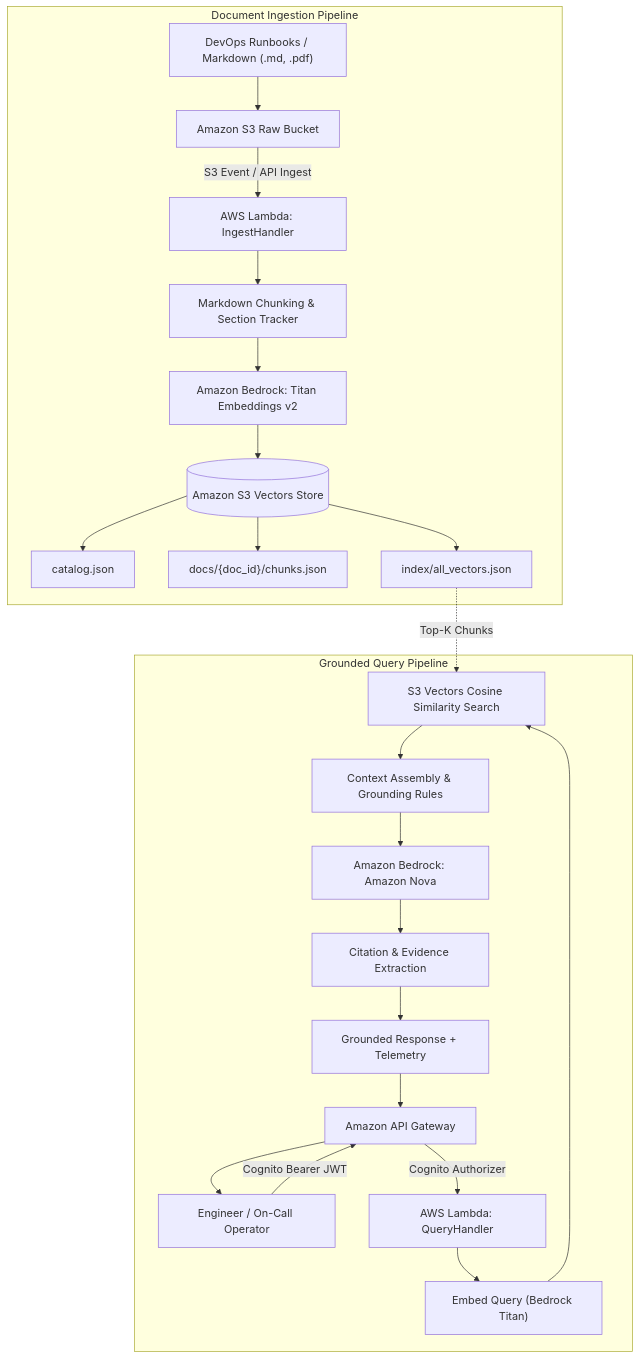
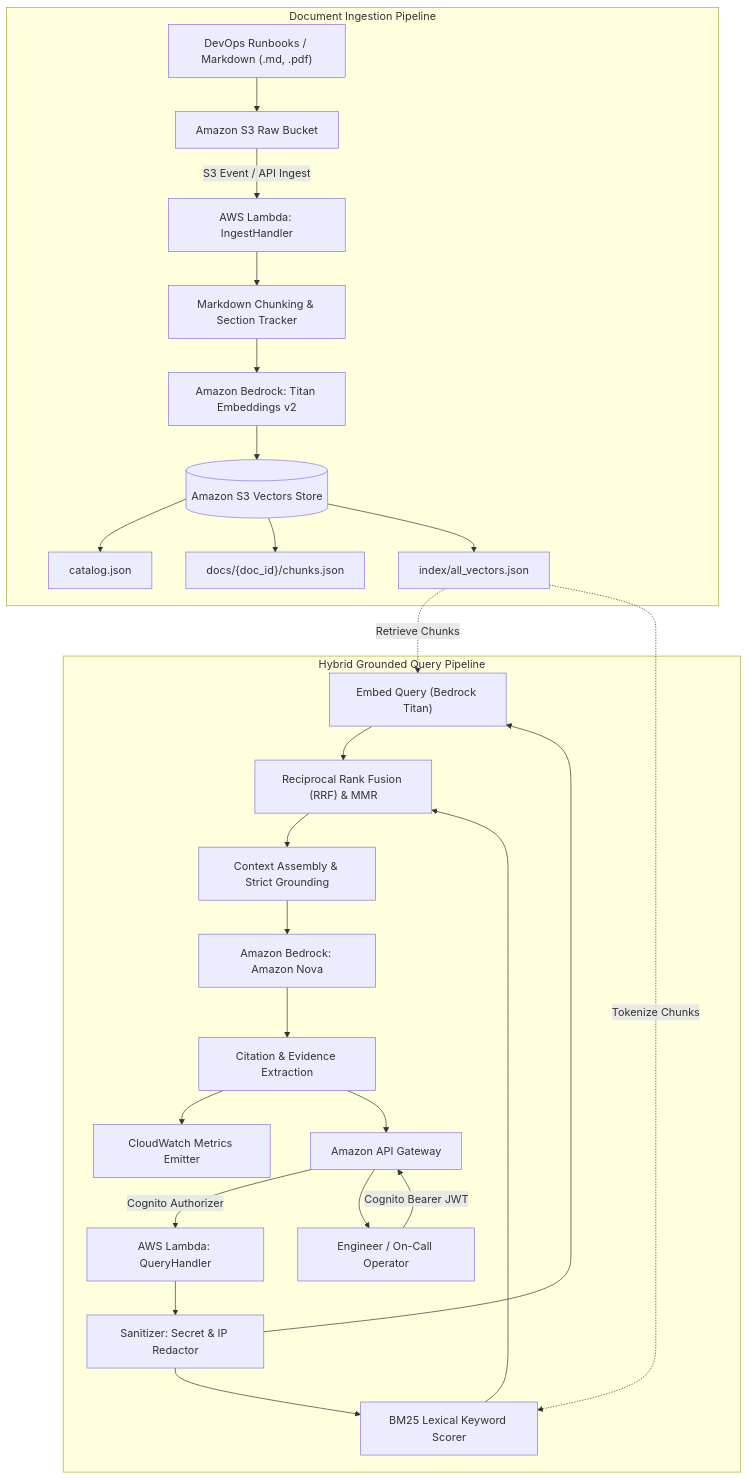
One commit to KUMARAGURU-V-S/GroundedOps changed the diagram in README.md. Above: the diagram before and after it, drawn with Mermaid. The commit also changed other lines of this file and 21 other files, not shown here.

First line of the commit message:
feat: upgrade GroundedOps with Hybrid Search (BM25 + S3 Vectors RRF), MMR reranking, conversational memory & security sanitization

````diff
--- a/README.md
+++ b/README.md
@@ -29,26 +33,29 @@
 ```mermaid
 flowchart TD
     subgraph Ingestion["Document Ingestion Pipeline"]
         A["DevOps Runbooks / Markdown (.md, .pdf)"] --> B["Amazon S3 Raw Bucket"]
         B -->|S3 Event / API Ingest| C["AWS Lambda: IngestHandler"]
         C --> D["Markdown Chunking & Section Tracker"]
         D --> E["Amazon Bedrock: Titan Embeddings v2"]
         E --> F[("Amazon S3 Vectors Store")]
         F --> F1["catalog.json"]
         F --> F2["docs/{doc_id}/chunks.json"]
         F --> F3["index/all_vectors.json"]
     end
 
-    subgraph Query["Grounded Query Pipeline"]
+    subgraph Query["Hybrid Grounded Query Pipeline"]
         G["Engineer / On-Call Operator"] -->|Cognito Bearer JWT| H["Amazon API Gateway"]
         H -->|Cognito Authorizer| I["AWS Lambda: QueryHandler"]
-        I --> J["Embed Query (Bedrock Titan)"]
-        J --> K["S3 Vectors Cosine Similarity Search"]
-        F3 -.->|Top-K Chunks| K
-        K --> L["Context Assembly & Grounding Rules"]
-        L --> M["Amazon Bedrock: Amazon Nova"]
-        M --> N["Citation & Evidence Extraction"]
-        N --> O["Grounded Response + Telemetry"]
+        I --> J["Sanitizer: Secret & IP Redactor"]
+        J --> K1["Embed Query (Bedrock Titan)"]
+        J --> K2["BM25 Lexical Keyword Scorer"]
+        F3 -.->|Retrieve Chunks| K1
+        F3 -.->|Tokenize Chunks| K2
+        K1 & K2 --> L["Reciprocal Rank Fusion (RRF) & MMR"]
+        L --> M["Context Assembly & Strict Grounding"]
+        M --> N["Amazon Bedrock: Amazon Nova"]
+        N --> O["Citation & Evidence Extraction"]
+        O --> P["CloudWatch Metrics Emitter"]
         O --> H --> G
     end
 ```
````
